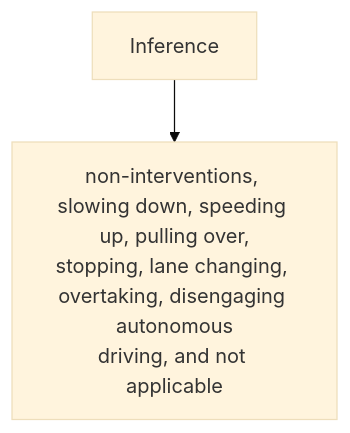
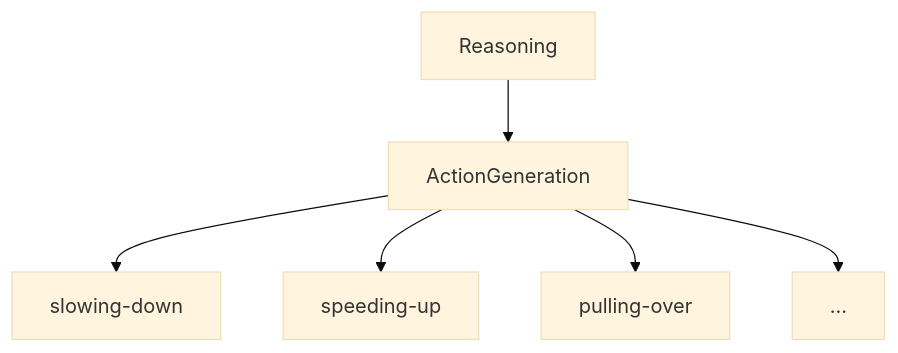
The third of 6 diagrams in _posts/2024/03/2024-03-10-reviewing-DriveLLM.md (MoeBuTa/moebuta.github.io), drawn with Mermaid (base theme) before and after one commit. The commit also changed other lines of this file and 7 other files, not shown here.

````diff
--- a/_posts/2024/03/2024-03-10-reviewing-DriveLLM.md
+++ b/_posts/2024/03/2024-03-10-reviewing-DriveLLM.md
@@ -45,7 +50,9 @@
 ```mermaid
 
 graph TD;
-    Inference-->n4["non-interventions, slowing down, speeding up, pulling over,
-stopping, lane changing, overtaking, disengaging autonomous
-driving, and not applicable"]
+    Reasoning-->ActionGeneration;
+    ActionGeneration-->slowing-down;
+    ActionGeneration-->speeding-up;
+    ActionGeneration-->pulling-over;
+    ActionGeneration-->...
 ```
````
